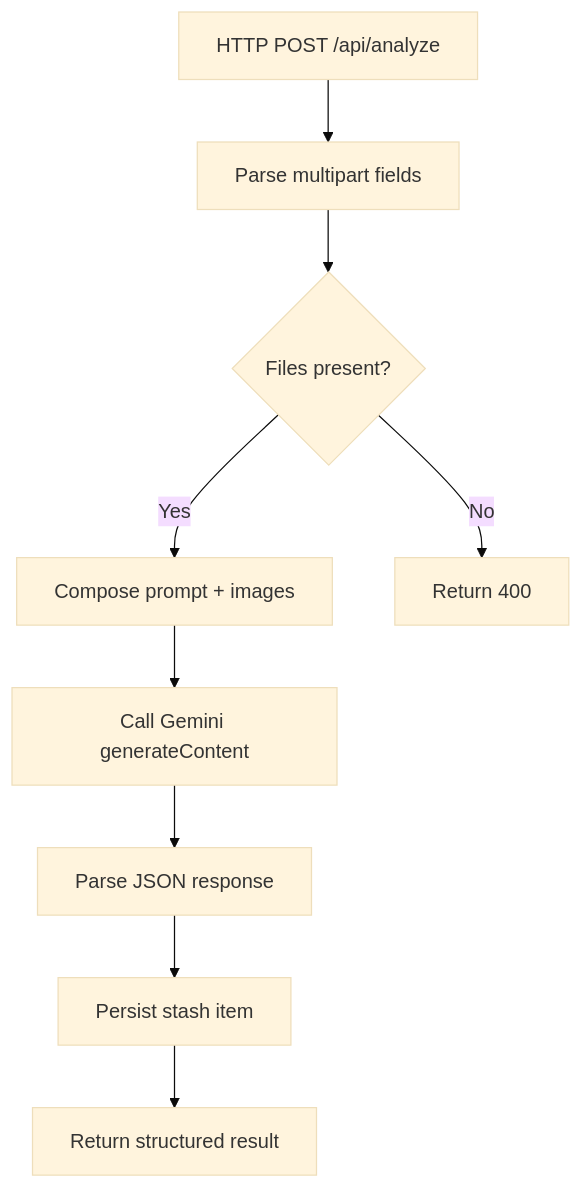
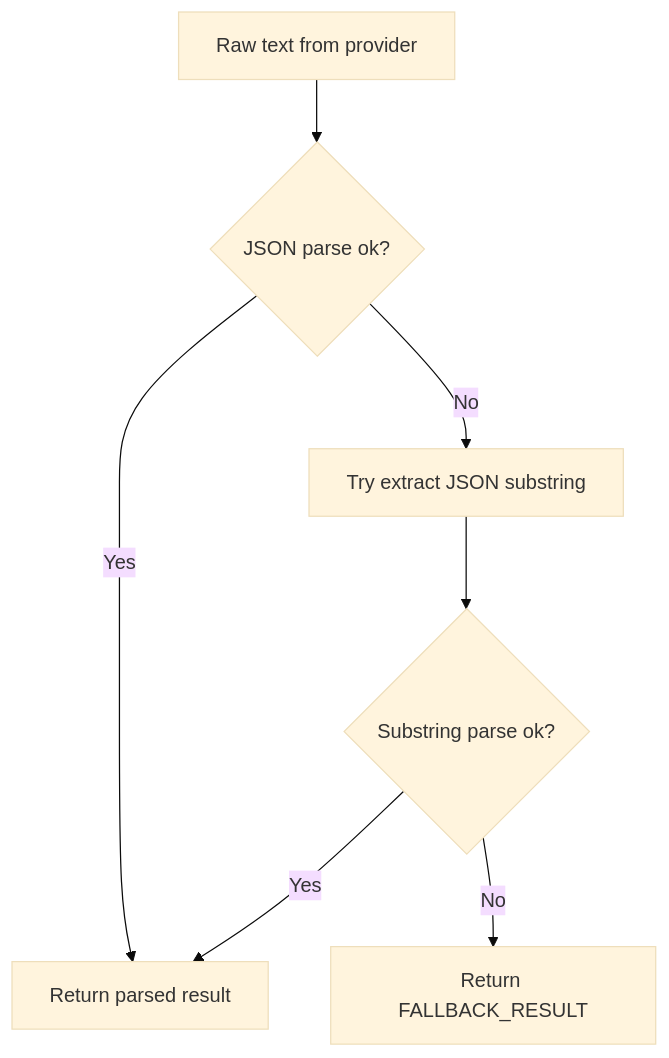
Before and after one commit to hunglevi87/Hidden-Gem: the fourth of 9 diagrams in .qoder/repowiki/en/content/AI Integration/AI Integration.md, drawn with Mermaid (base theme). The commit also changed other lines of this file and 99 other files, not shown here.

````diff
--- a/.qoder/repowiki/en/content/AI Integration/AI Integration.md
+++ b/.qoder/repowiki/en/content/AI Integration/AI Integration.md
@@ -202,11 +165,9 @@
 ```mermaid
 flowchart TD
-Receive["HTTP POST /api/analyze"] --> Parse["Parse multipart fields"]
-Parse --> Validate{"Files present?"}
-Validate --> |Yes| Compose["Compose prompt + images"]
-Validate --> |No| Error["Return 400"]
-Compose --> Call["Call Gemini generateContent"]
-Call --> ParseJSON["Parse JSON response"]
-ParseJSON --> Persist["Persist stash item"]
-Persist --> Done["Return structured result"]
+A["Raw text from provider"] --> B{"JSON parse ok?"}
+B --> |Yes| C["Return parsed result"]
+B --> |No| D["Try extract JSON substring"]
+D --> E{"Substring parse ok?"}
+E --> |Yes| C
+E --> |No| F["Return FALLBACK_RESULT"]
 ```
````
